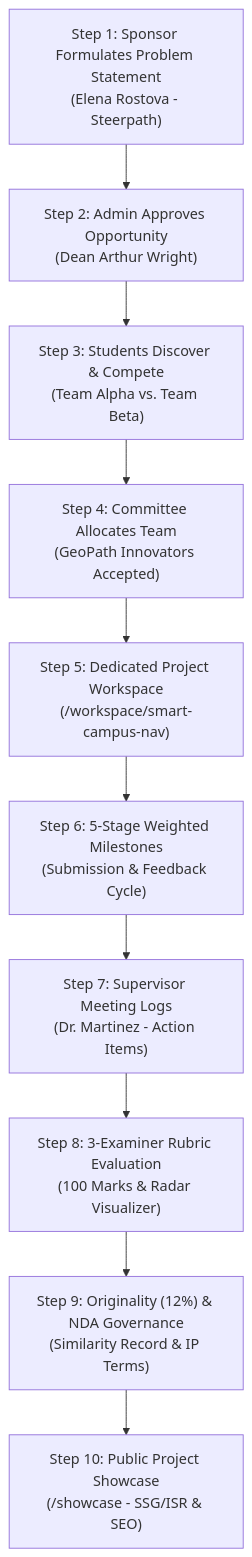
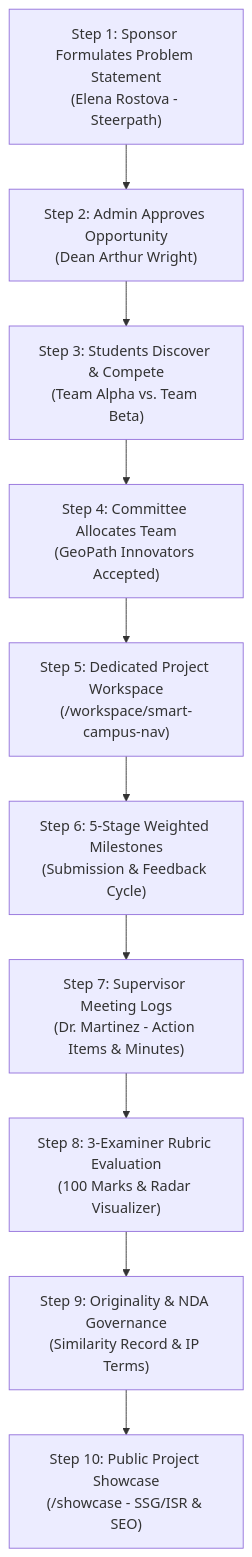
The diagram in README.md (SarabdeepSBilkhu/CapstoneHub), drawn with Mermaid before and after one commit. The commit also changed other lines of this file and 3 other files, not shown here.

````diff
--- a/README.md
+++ b/README.md
@@ -12,12 +23,12 @@
 ```mermaid
 flowchart TD
     A["Step 1: Sponsor Formulates Problem Statement<br/>(Elena Rostova - Steerpath)"] --> B["Step 2: Admin Approves Opportunity<br/>(Dean Arthur Wright)"]
     B --> C["Step 3: Students Discover & Compete<br/>(Team Alpha vs. Team Beta)"]
     C --> D["Step 4: Committee Allocates Team<br/>(GeoPath Innovators Accepted)"]
     D --> E["Step 5: Dedicated Project Workspace<br/>(/workspace/smart-campus-nav)"]
     E --> F["Step 6: 5-Stage Weighted Milestones<br/>(Submission & Feedback Cycle)"]
-    F --> G["Step 7: Supervisor Meeting Logs<br/>(Dr. Martinez - Action Items)"]
+    F --> G["Step 7: Supervisor Meeting Logs<br/>(Dr. Martinez - Action Items & Minutes)"]
     G --> H["Step 8: 3-Examiner Rubric Evaluation<br/>(100 Marks & Radar Visualizer)"]
-    H --> I["Step 9: Originality (12%) & NDA Governance<br/>(Similarity Record & IP Terms)"]
+    H --> I["Step 9: Originality & NDA Governance<br/>(Similarity Record & IP Terms)"]
     I --> J["Step 10: Public Project Showcase<br/>(/showcase - SSG/ISR & SEO)"]
 ```
````
